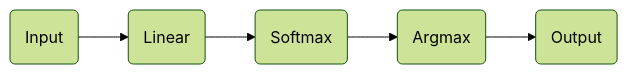
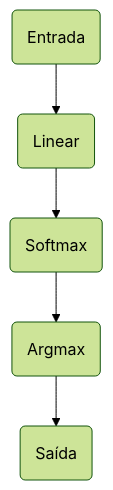
Before and after one commit to eshiraishi/eshiraishi.github.io: the seventh of 7 diagrams in src/content/posts/transformers.md, drawn with Mermaid (forest theme). The commit also changed other lines of this file, not shown here.

````diff
--- a/src/content/posts/transformers.md
+++ b/src/content/posts/transformers.md
@@ -1061,12 +1415,4 @@
 ```mermaid
-flowchart LR
-    DecoderBlockN(Input)
-    linear(Linear)
-    Softmax(Softmax)
-    Argmax(Argmax)
-    outputString(Output)
-    DecoderBlockN --> linear
-    linear --> Softmax
-    Softmax --> Argmax
-    Argmax --> outputString
+flowchart
+    DecoderBlockN(Entrada) --> linear(Linear) --> Softmax(Softmax) --> Argmax(Argmax) --> outputString(Saída)
 ```
````
